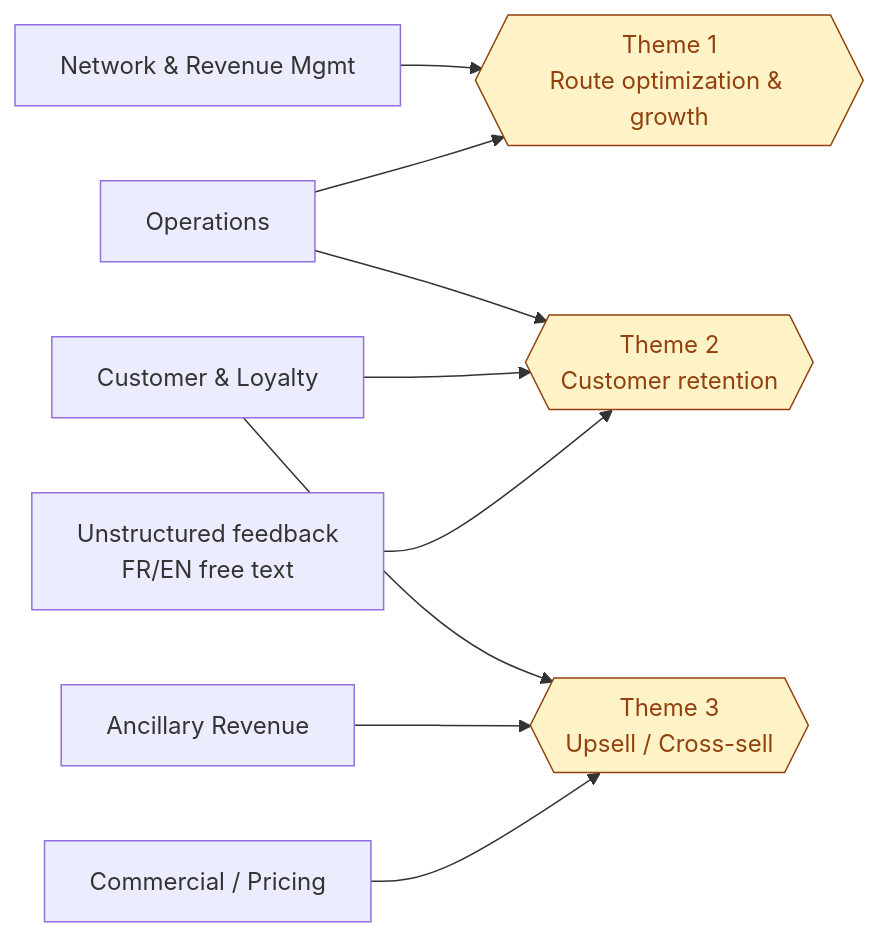
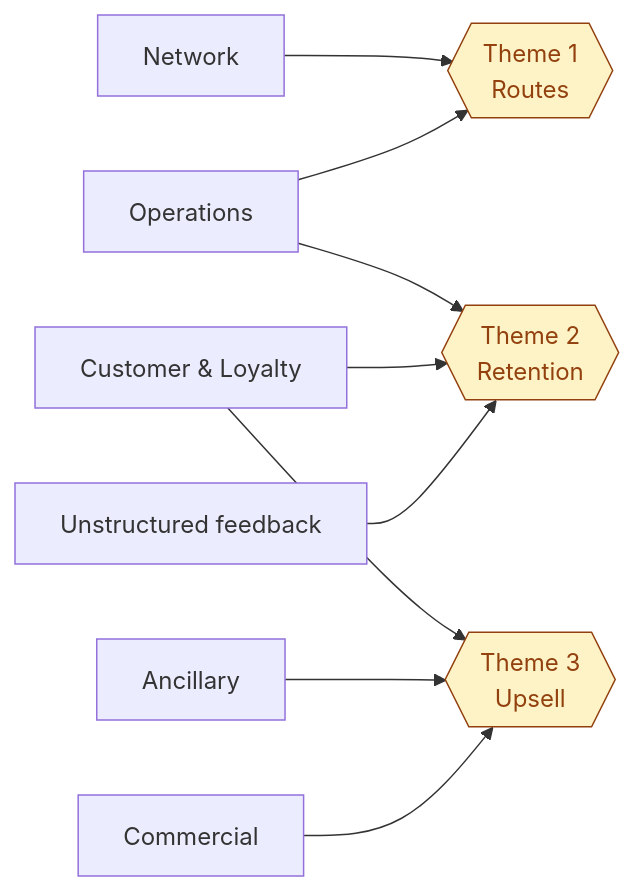
One commit to Yann-Axel/engineer_analytics_challenge_aci changed the diagram in docs/01_business_framing.md. Above: the diagram before and after it, drawn with Mermaid. The commit also changed other lines of this file and 13 other files, not shown here.

````diff
--- a/docs/01_business_framing.md
+++ b/docs/01_business_framing.md
@@ -23,25 +19,14 @@
 ```mermaid
 flowchart LR
-    NET[Network & Revenue Mgmt]
-    OPS[Operations]
-    COM[Commercial / Pricing]
-    CUS[Customer & Loyalty]
-    ANC[Ancillary Revenue]
-    NLP[Unstructured feedback<br/>FR/EN free text]
-
-    T1{{Theme 1<br/>Route optimization & growth}}
-    T2{{Theme 2<br/>Customer retention}}
-    T3{{Theme 3<br/>Upsell / Cross-sell}}
-
-    NET --> T1
-    OPS --> T1
-    OPS --> T2
-    CUS --> T2
-    NLP --> T2
-    CUS --> T3
-    ANC --> T3
-    COM --> T3
+    NET[Network] --> T1{{Theme 1<br/>Routes}}
+    OPS[Operations] --> T1
+    OPS --> T2{{Theme 2<br/>Retention}}
+    CUS[Customer & Loyalty] --> T2
+    NLP[Unstructured feedback] --> T2
+    CUS --> T3{{Theme 3<br/>Upsell}}
+    ANC[Ancillary] --> T3
+    COM[Commercial] --> T3
 
     classDef theme fill:#fef3c7,stroke:#92400e,color:#92400e
     class T1,T2,T3 theme
 ```
````
